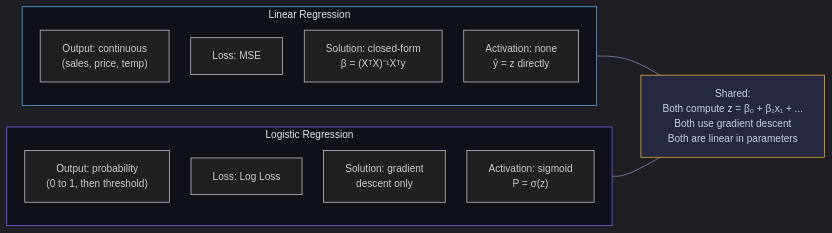
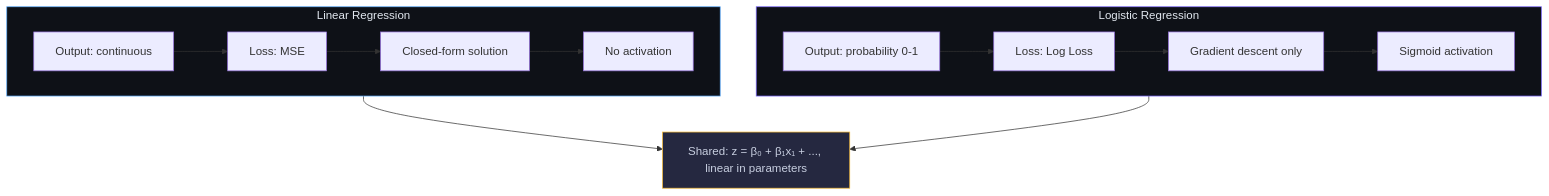
The sixth of 8 diagrams in Documents/Visual_Guides/ML_Concepts/Linear_Regression_Visual.md (snehith1234/StudyCircle), drawn with Mermaid before and after one commit. The commit also changed other lines of this file and 8 other files, not shown here.

Commit message:
Add NN animations, XGBoost section, multicollinearity/autocorrelation, stats explanations, fix mermaid visuals, exploding gradient deep dive

````diff
--- a/Documents/Visual_Guides/ML_Concepts/Linear_Regression_Visual.md
+++ b/Documents/Visual_Guides/ML_Concepts/Linear_Regression_Visual.md
@@ -280,24 +175,14 @@
 ```mermaid
-%%{init: {'theme': 'dark', 'themeVariables': {'darkMode': true, 'background': '#0e1117', 'primaryColor': '#1a1d2e', 'primaryTextColor': '#e2e8f0', 'primaryBorderColor': '#2d3148', 'lineColor': '#8892b0', 'secondaryColor': '#252840', 'tertiaryColor': '#1a1d2e', 'fontSize': '14px', 'edgeLabelBackground': '#0e1117'}, 'flowchart': {'nodeSpacing': 30, 'rankSpacing': 40, 'padding': 15, 'htmlLabels': true}}}%%
-graph LR
+graph TD
     subgraph LIN["Linear Regression"]
-        L1["Output: continuous<br/>(sales, price, temp)"]
-        L2["Loss: MSE"]
-        L3["Solution: closed-form<br/>β = (XᵀX)⁻¹Xᵀy"]
-        L4["Activation: none<br/>ŷ = z directly"]
+        L1["Output: continuous"] --> L2["Loss: MSE"] --> L3["Closed-form solution"] --> L4["No activation"]
     end
-
     subgraph LOG["Logistic Regression"]
-        G1["Output: probability<br/>(0 to 1, then threshold)"]
-        G2["Loss: Log Loss"]
-        G3["Solution: gradient<br/>descent only"]
-        G4["Activation: sigmoid<br/>P = σ(z)"]
+        G1["Output: probability 0-1"] --> G2["Loss: Log Loss"] --> G3["Gradient descent only"] --> G4["Sigmoid activation"]
     end
-
-    LIN --- SHARED["Shared:<br/>Both compute z = β₀ + β₁x₁ + ...<br/>Both use gradient descent<br/>Both are linear in parameters"]
-    LOG --- SHARED
-
+    LIN --> SHARED["Shared: z = β₀ + β₁x₁ + ..., linear in parameters"]
+    LOG --> SHARED
     style LIN fill:#0e1117,stroke:#5eaeff,color:#e2e8f0
     style LOG fill:#0e1117,stroke:#7c6aff,color:#e2e8f0
     style SHARED fill:#252840,stroke:#f5b731,color:#c8cfe0
 ```
````
